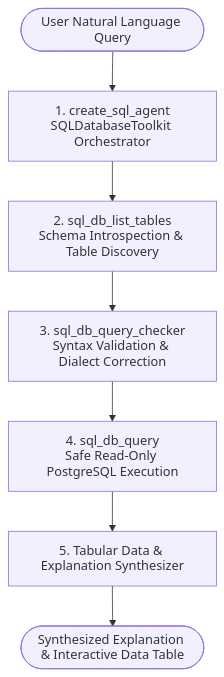
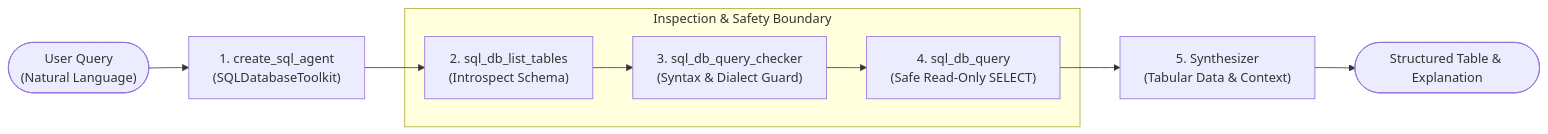
One commit to ambideXtrous9/Langchain-Langgraph-Notebooks changed the ninth of 14 diagrams in README.md. Above: the diagram before and after it, drawn with Mermaid. The commit also changed other lines of this file, not shown here.

Commit message:
docs(readme): thoroughly clean, simplify and standardize all 14 architecture and workflow diagrams

````diff
--- a/README.md
+++ b/README.md
@@ -589,11 +569,16 @@
 ```mermaid
-flowchart TD
-    Start([User Natural Language Query]) --> SQLAgent[1. create_sql_agent\nSQLDatabaseToolkit Orchestrator]
-    SQLAgent --> ListTables[2. sql_db_list_tables\nSchema Introspection & Table Discovery]
-    ListTables --> QueryChecker[3. sql_db_query_checker\nSyntax Validation & Dialect Correction]
-    QueryChecker --> ExecuteSQL[4. sql_db_query\nSafe Read-Only PostgreSQL Execution]
-    ExecuteSQL --> Synthesizer[5. Tabular Data & Explanation Synthesizer]
-    Synthesizer --> EndNode([Synthesized Explanation & Interactive Data Table])
+flowchart LR
+    Start(["User Query\n(Natural Language)"]) --> Agent["1. create_sql_agent\n(SQLDatabaseToolkit)"]
     
-    classDef default fill:#f2f0ff,line-height:1.2
+    subgraph SafetyLoop ["Inspection & Safety Boundary"]
+        Tables["2. sql_db_list_tables\n(Introspect Schema)"]
+        Checker["3. sql_db_query_checker\n(Syntax & Dialect Guard)"]
+        Execute["4. sql_db_query\n(Safe Read-Only SELECT)"]
+        
+        Tables --> Checker --> Execute
+    end
+    
+    Agent --> Tables
+    Execute --> Synthesizer["5. Synthesizer\n(Tabular Data & Context)"]
+    Synthesizer --> Result(["Structured Table & Explanation"])
 ```
````
